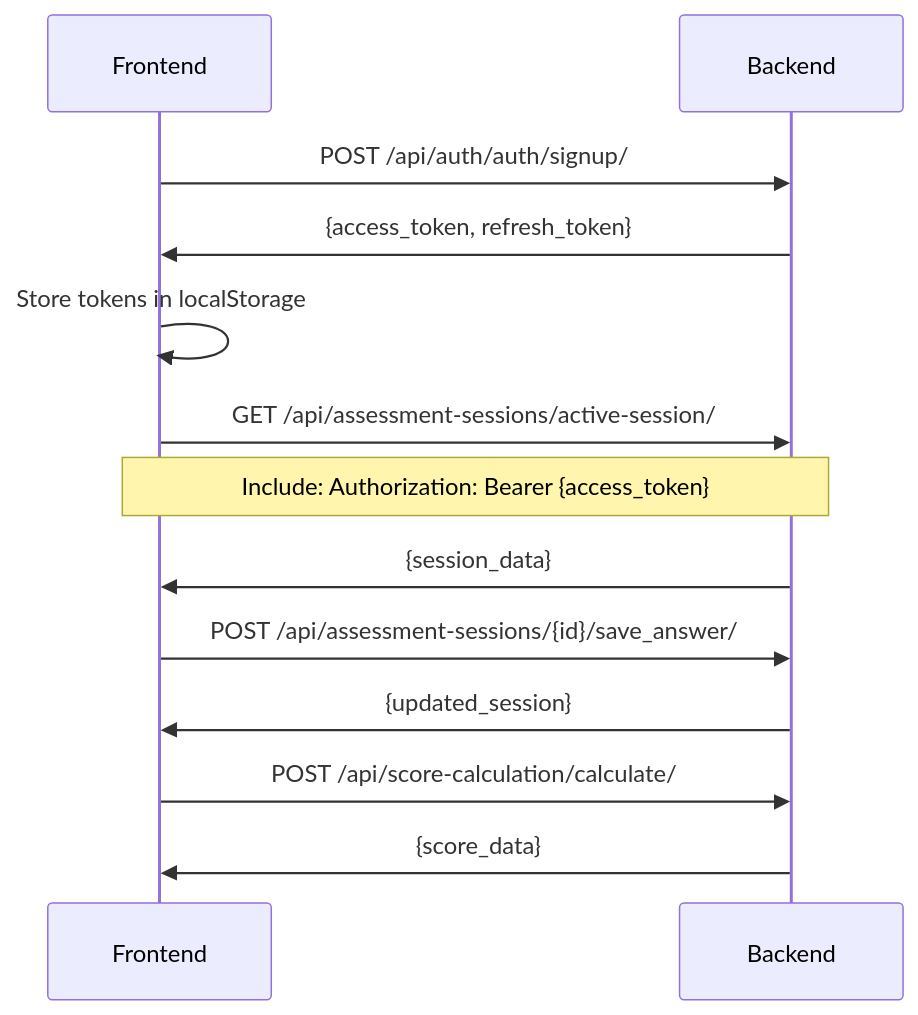
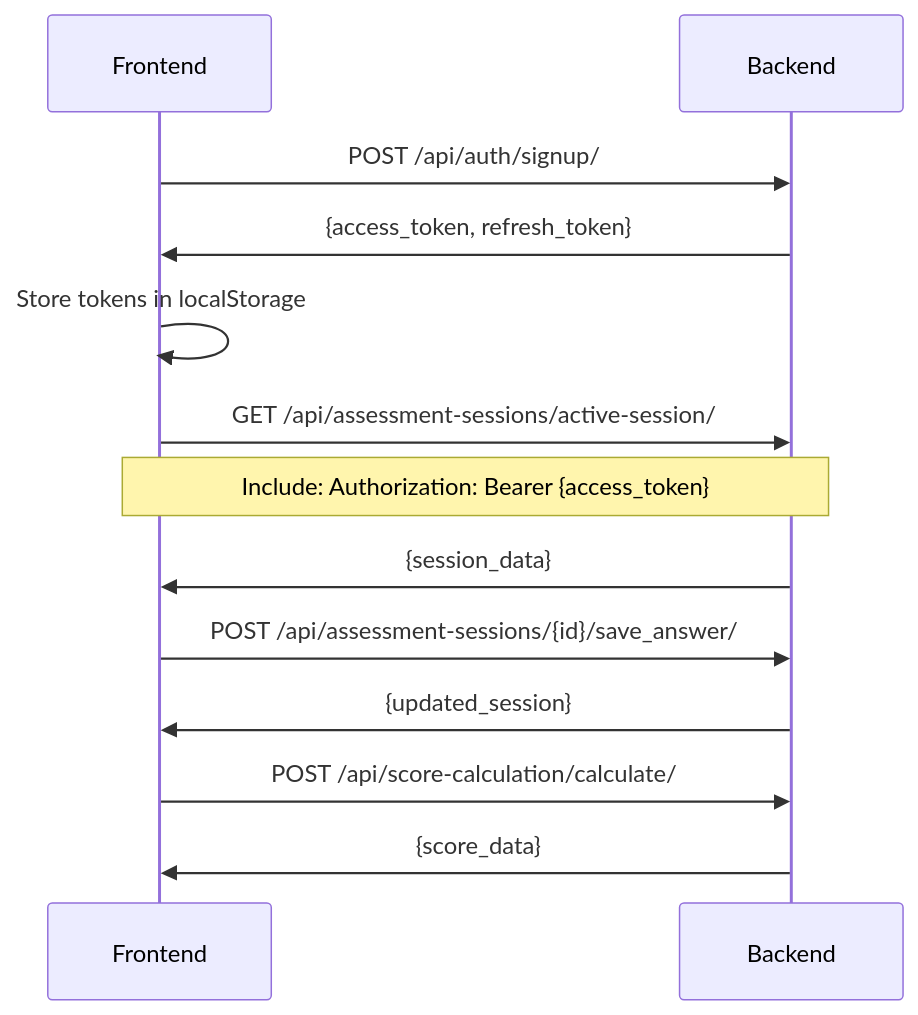
The diagram in docs/api/README.md (Fanelemenzi/CreditWealthFrontEnd), drawn with Mermaid before and after one commit. The commit also changed other lines of this file and 10 other files, not shown here.

````diff
--- a/docs/api/README.md
+++ b/docs/api/README.md
@@ -131,19 +131,19 @@
 ```mermaid
 sequenceDiagram
     participant F as Frontend
     participant B as Backend
     
-    F->>B: POST /api/auth/auth/signup/
+    F->>B: POST /api/auth/signup/
     B->>F: {access_token, refresh_token}
     F->>F: Store tokens in localStorage
     
     F->>B: GET /api/assessment-sessions/active-session/
     Note over F,B: Include: Authorization: Bearer {access_token}
     B->>F: {session_data}
     
     F->>B: POST /api/assessment-sessions/{id}/save_answer/
     B->>F: {updated_session}
     
     F->>B: POST /api/score-calculation/calculate/
     B->>F: {score_data}
 ```
````
